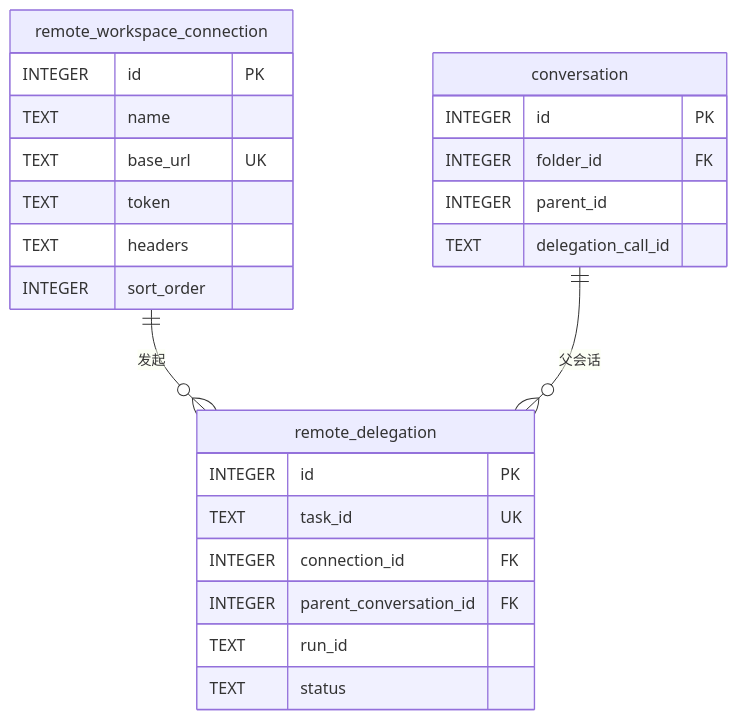
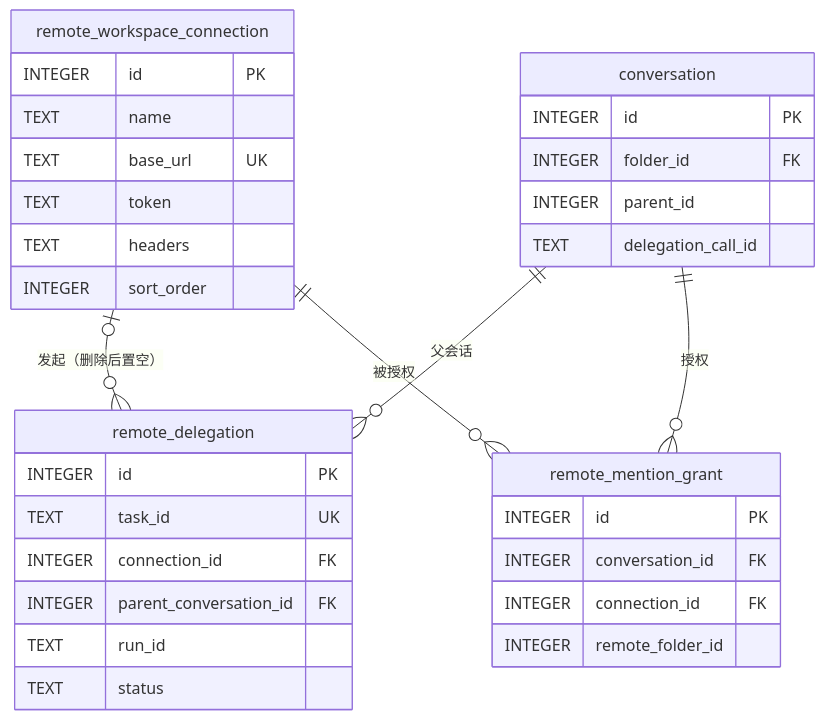
Before and after one commit to EvanZheng11/beecode: the fifth of 7 diagrams in docs/superpowers/specs/2026-11-11-remote-mention-详细设计说明书.md, drawn with Mermaid. The commit also changed other lines of this file, not shown here.

````diff
--- a/docs/superpowers/specs/2026-11-11-remote-mention-详细设计说明书.md
+++ b/docs/superpowers/specs/2026-11-11-remote-mention-详细设计说明书.md
@@ -735,27 +830,35 @@
 ```mermaid
 erDiagram
-  remote_workspace_connection ||--o{ remote_delegation : "发起"
+  remote_workspace_connection |o--o{ remote_delegation : "发起（删除后置空）"
   conversation ||--o{ remote_delegation : "父会话"
+  conversation ||--o{ remote_mention_grant : "授权"
+  remote_workspace_connection ||--o{ remote_mention_grant : "被授权"
+  remote_mention_grant {
+    INTEGER id PK
+    INTEGER conversation_id FK
+    INTEGER connection_id FK
+    INTEGER remote_folder_id
+  }
   remote_workspace_connection {
     INTEGER id PK
     TEXT name
     TEXT base_url UK
     TEXT token
     TEXT headers
     INTEGER sort_order
   }
   remote_delegation {
     INTEGER id PK
     TEXT task_id UK
     INTEGER connection_id FK
     INTEGER parent_conversation_id FK
     TEXT run_id
     TEXT status
   }
   conversation {
     INTEGER id PK
     INTEGER folder_id FK
     INTEGER parent_id
     TEXT delegation_call_id
   }
 ```
````
